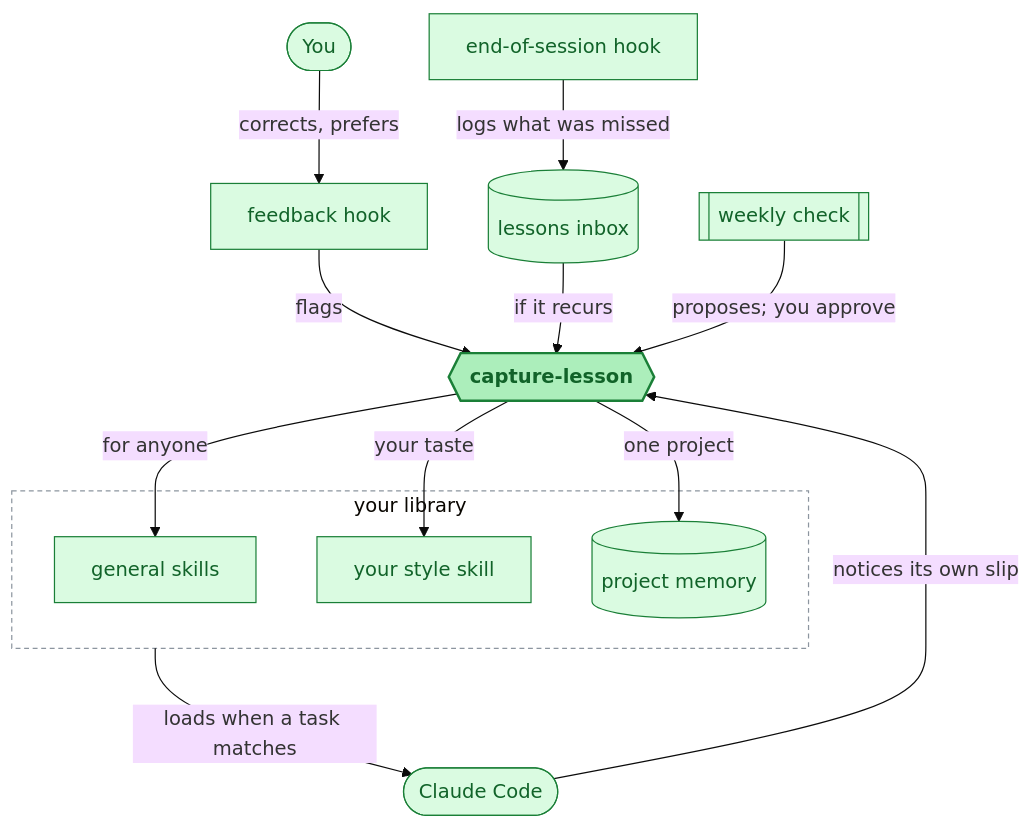
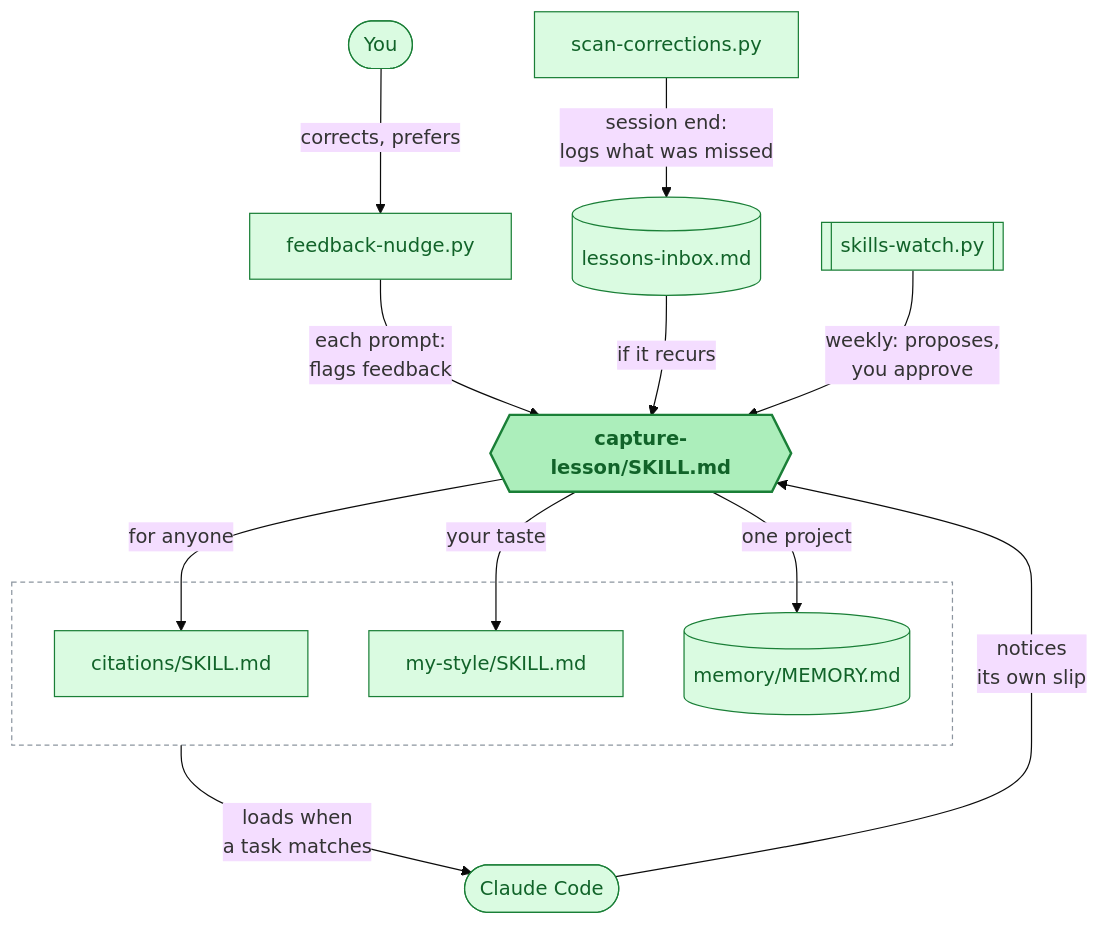
The diagram in README.md (kat-titter/claude-code-learns), drawn with Mermaid (base theme) before and after one commit.

Commit message:
README diagram: name the files (feedback-nudge.py, scan-corrections.py, skills-watch.py...), examples for the library, timing on the edges

````diff
--- a/README.md
+++ b/README.md
@@ -13,29 +13,29 @@
 ```mermaid
 flowchart TB
   you(["You"])
   agent(["Claude Code"])
-  hook["feedback hook"]
-  stop["end-of-session hook"]
-  inbox[("lessons inbox")]
-  cap{{"capture-lesson"}}
-  week[["weekly check"]]
-  subgraph lib ["your library"]
-    general["general skills"]
-    taste["your style skill"]
-    memory[("project memory")]
+  nudge["feedback-nudge.py"]
+  scan["scan-corrections.py"]
+  inbox[("lessons-inbox.md")]
+  cap{{"capture-lesson/SKILL.md"}}
+  watch[["skills-watch.py"]]
+  subgraph lib [" "]
+    general["citations/SKILL.md"]
+    taste["my-style/SKILL.md"]
+    memory[("memory/MEMORY.md")]
   end
-  you -->|"corrects, prefers"| hook
-  hook -->|"flags"| cap
-  agent -->|"notices its own slip"| cap
-  stop -->|"logs what was missed"| inbox
+  you -->|"corrects, prefers"| nudge
+  nudge -->|"each prompt:<br/>flags feedback"| cap
+  agent -->|"notices<br/>its own slip"| cap
+  scan -->|"session end:<br/>logs what was missed"| inbox
   inbox -->|"if it recurs"| cap
   cap -->|"for anyone"| general
   cap -->|"your taste"| taste
   cap -->|"one project"| memory
-  lib -->|"loads when a task matches"| agent
-  week -->|"proposes; you approve"| cap
+  lib -->|"loads when<br/>a task matches"| agent
+  watch -->|"weekly: proposes,<br/>you approve"| cap
   classDef default fill:#dafbe1,stroke:#1a7f37,color:#116329
   classDef core fill:#aceebb,stroke:#1a7f37,stroke-width:2px,color:#116329,font-weight:bold
   class cap core
   style lib fill:none,stroke:#8c959f,stroke-dasharray:4 3
 ```
````
